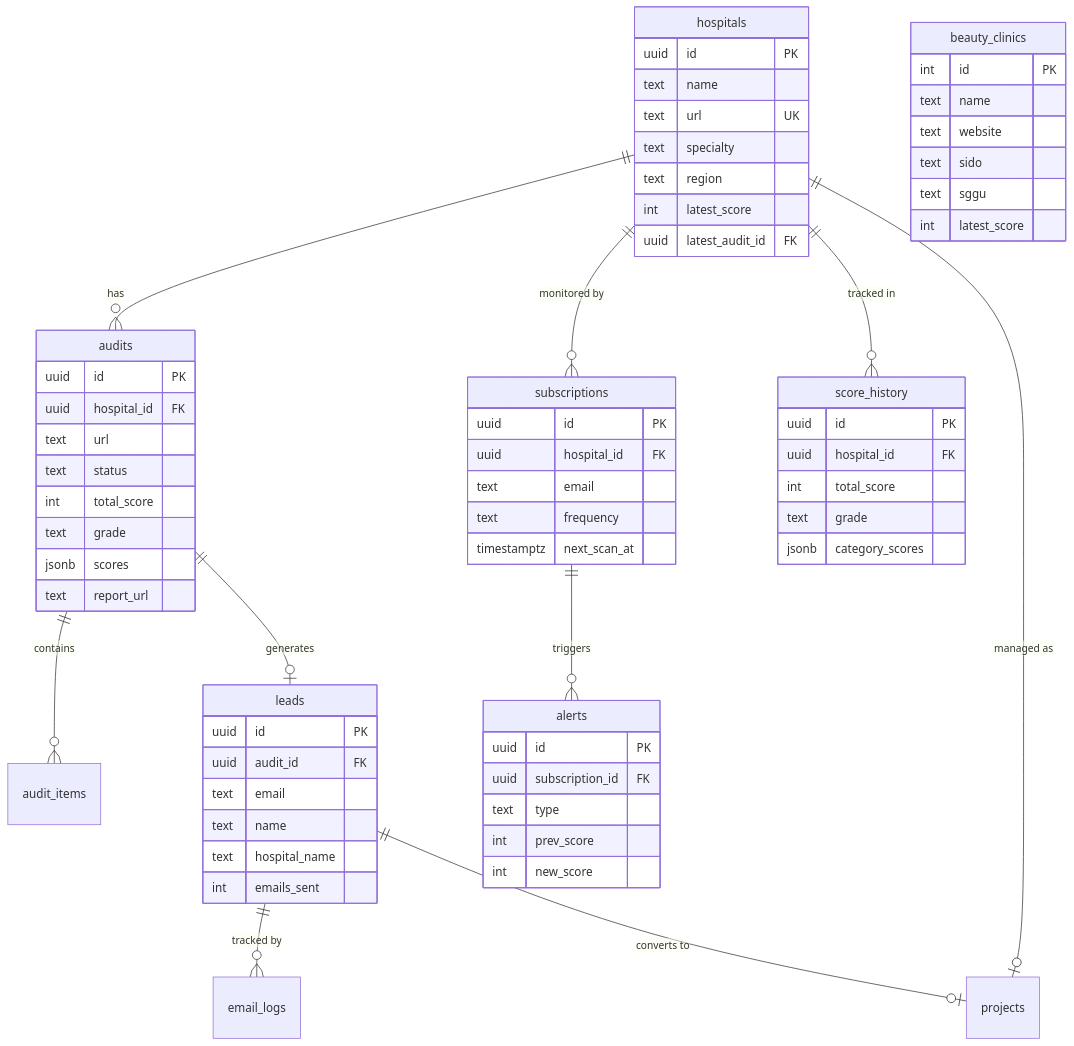
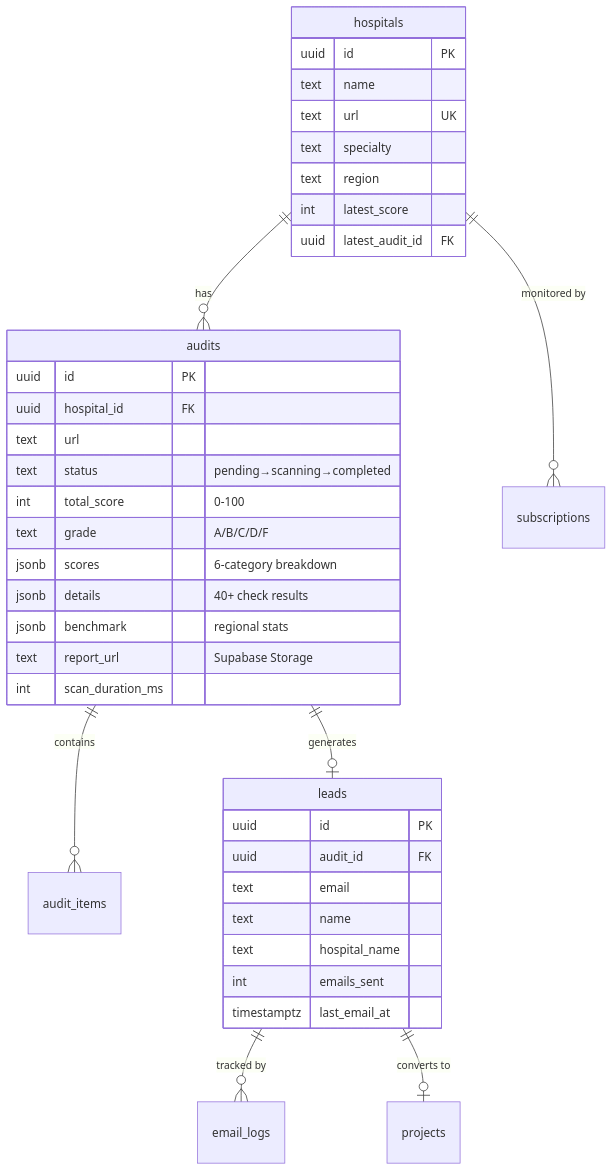
The third of 3 diagrams in workspace/mediscope/README.md (woogi-kang/claude-craft), drawn with Mermaid before and after one commit. The commit also changed other lines of this file, not shown here.

Commit message:
docs(mediscope): refresh CheckYourHospital overview

````diff
--- a/workspace/mediscope/README.md
+++ b/workspace/mediscope/README.md
@@ -131,75 +350,43 @@
 ```mermaid
 erDiagram
   hospitals ||--o{ audits : "has"
   audits ||--o{ audit_items : "contains"
   audits ||--o| leads : "generates"
   leads ||--o{ email_logs : "tracked by"
   leads ||--o| projects : "converts to"
-  hospitals ||--o| projects : "managed as"
   hospitals ||--o{ subscriptions : "monitored by"
-  hospitals ||--o{ score_history : "tracked in"
-  subscriptions ||--o{ alerts : "triggers"
 
   hospitals {
     uuid id PK
     text name
     text url UK
     text specialty
     text region
     int latest_score
     uuid latest_audit_id FK
   }
 
   audits {
     uuid id PK
     uuid hospital_id FK
     text url
-    text status
-    int total_score
-    text grade
-    jsonb scores
-    text report_url
+    text status "pending→scanning→completed"
+    int total_score "0-100"
+    text grade "A/B/C/D/F"
+    jsonb scores "6-category breakdown"
+    jsonb details "40+ check results"
+    jsonb benchmark "regional stats"
+    text report_url "Supabase Storage"
+    int scan_duration_ms
   }
 
   leads {
     uuid id PK
     uuid audit_id FK
     text email
     text name
     text hospital_name
     int emails_sent
-  }
-
-  subscriptions {
-    uuid id PK
-    uuid hospital_id FK
-    text email
-    text frequency
-    timestamptz next_scan_at
-  }
-
-  score_history {
-    uuid id PK
-    uuid hospital_id FK
-    int total_score
-    text grade
-    jsonb category_scores
-  }
-
-  alerts {
-    uuid id PK
-    uuid subscription_id FK
-    text type
-    int prev_score
-    int new_score
-  }
-
-  beauty_clinics {
-    int id PK
-    text name
-    text website
-    text sido
-    text sggu
-    int latest_score
+    timestamptz last_email_at
   }
 ```
````
